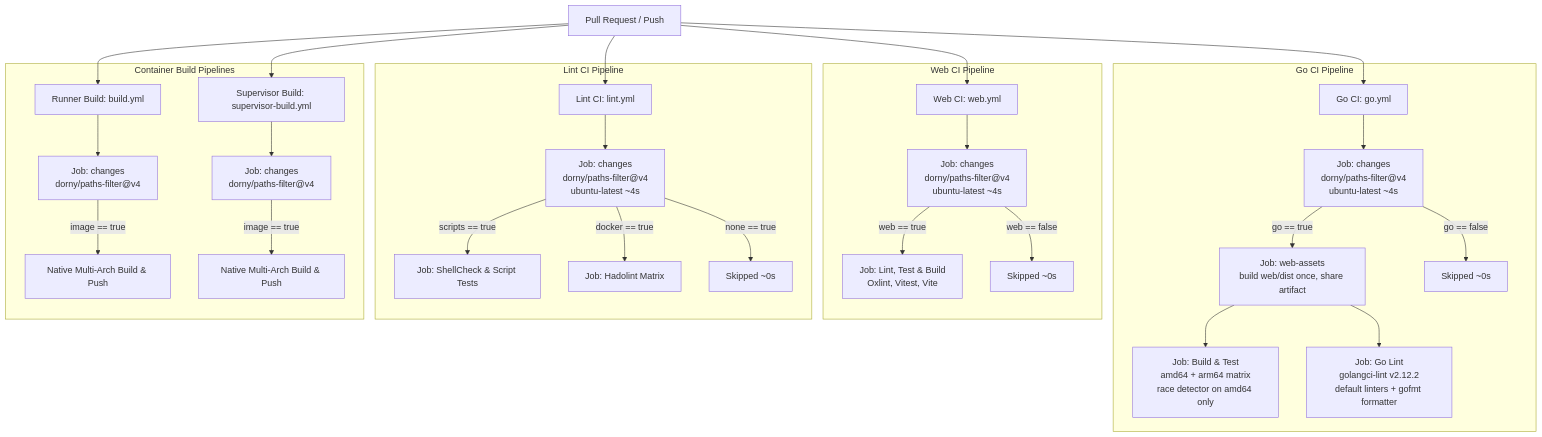
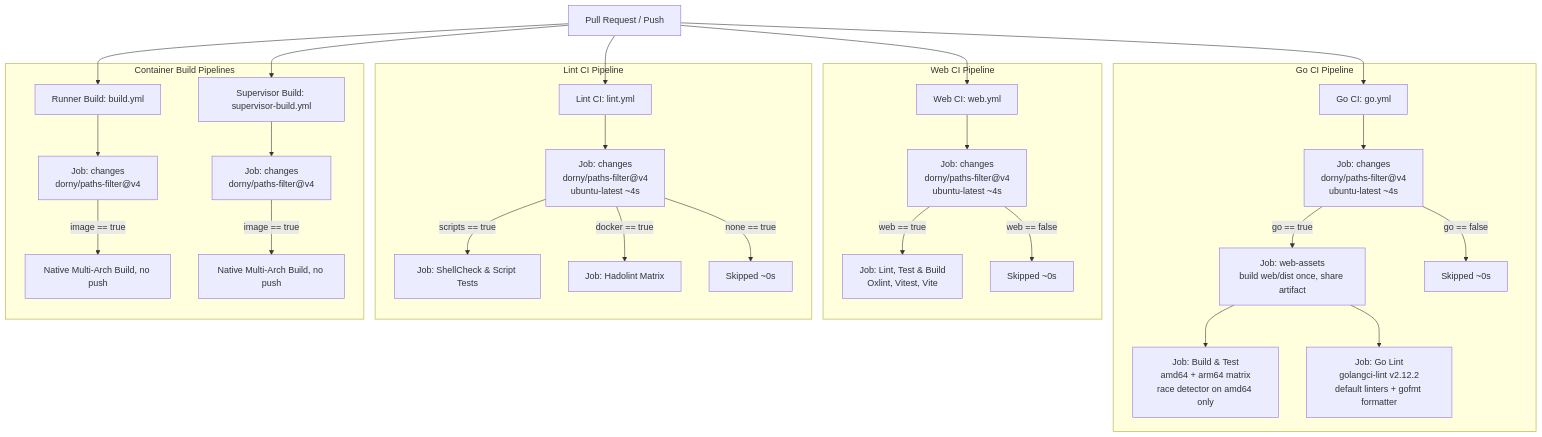
One commit to noosxe/runnero changed the diagram in docs/11-ci-cd-pipelines.md. Above: the diagram before and after it, drawn with Mermaid. The commit also changed other lines of this file and 3 other files, not shown here.

````diff
--- a/docs/11-ci-cd-pipelines.md
+++ b/docs/11-ci-cd-pipelines.md
@@ -38,36 +40,36 @@
 ```mermaid
 graph TD
     PR[Pull Request / Push] --> WF1[Go CI: go.yml]
     PR --> WF2[Web CI: web.yml]
     PR --> WF3[Lint CI: lint.yml]
     PR --> WF4[Runner Build: build.yml]
     PR --> WF5[Supervisor Build: supervisor-build.yml]
 
     subgraph "Go CI Pipeline"
         WF1 --> G1[Job: changes<br/>dorny/paths-filter@v4<br/>ubuntu-latest ~4s]
         G1 -->|go == true| G4[Job: web-assets<br/>build web/dist once, share artifact]
         G4 --> G2[Job: Build & Test<br/>amd64 + arm64 matrix<br/>race detector on amd64 only]
         G4 --> G5[Job: Go Lint<br/>golangci-lint v2.12.2<br/>default linters + gofmt formatter]
         G1 -->|go == false| G3[Skipped ~0s]
     end
 
     subgraph "Web CI Pipeline"
         WF2 --> W1[Job: changes<br/>dorny/paths-filter@v4<br/>ubuntu-latest ~4s]
         W1 -->|web == true| W2[Job: Lint, Test & Build<br/>Oxlint, Vitest, Vite]
         W1 -->|web == false| W3[Skipped ~0s]
     end
 
     subgraph "Lint CI Pipeline"
         WF3 --> L1[Job: changes<br/>dorny/paths-filter@v4<br/>ubuntu-latest ~4s]
         L1 -->|scripts == true| L2[Job: ShellCheck & Script Tests]
         L1 -->|docker == true| L3[Job: Hadolint Matrix]
         L1 -->|none == true| L4[Skipped ~0s]
     end
 
     subgraph "Container Build Pipelines"
         WF4 --> B1[Job: changes<br/>dorny/paths-filter@v4]
-        B1 -->|image == true| B2[Native Multi-Arch Build & Push]
+        B1 -->|image == true| B2[Native Multi-Arch Build, no push]
         WF5 --> S1[Job: changes<br/>dorny/paths-filter@v4]
-        S1 -->|image == true| S2[Native Multi-Arch Build & Push]
+        S1 -->|image == true| S2[Native Multi-Arch Build, no push]
     end
 ```
````
